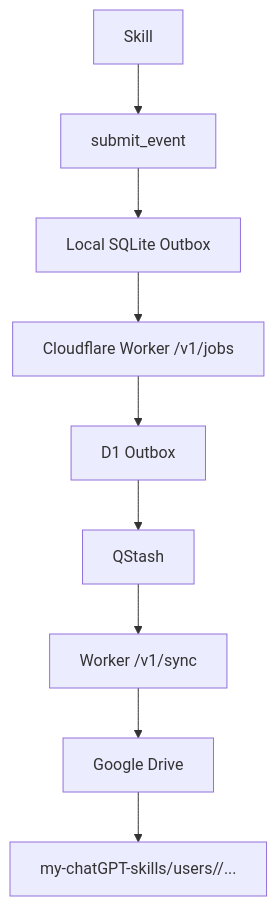
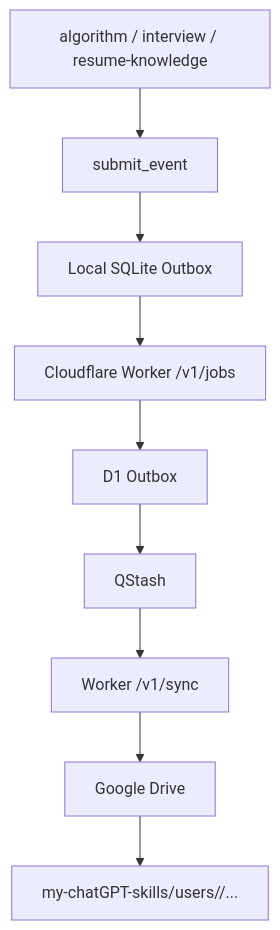
One commit to gitgotcha/my-chatgpt-skills changed the third of 4 diagrams in README.md. Above: the diagram before and after it, drawn with Mermaid. The commit also changed other lines of this file and 8 other files, not shown here.

Commit message:
docs: add project README system and Reliable Drive Sync architecture

````diff
--- a/README.md
+++ b/README.md
@@ -434,21 +434,21 @@
 ```mermaid
 flowchart TD
 
-    SKILL["Skill"]
+    SKILL["algorithm / interview / resume-knowledge"]
 
     SKILL --> MCP["submit_event"]
 
     MCP --> SQLITE["Local SQLite Outbox"]
 
     SQLITE --> WORKER["Cloudflare Worker /v1/jobs"]
 
     WORKER --> D1["D1 Outbox"]
 
     D1 --> QSTASH["QStash"]
 
     QSTASH --> SYNC["Worker /v1/sync"]
 
     SYNC --> DRIVE["Google Drive"]
 
     DRIVE --> ROOT["my-chatGPT-skills/users/<userId>/..."]
 ```
````
